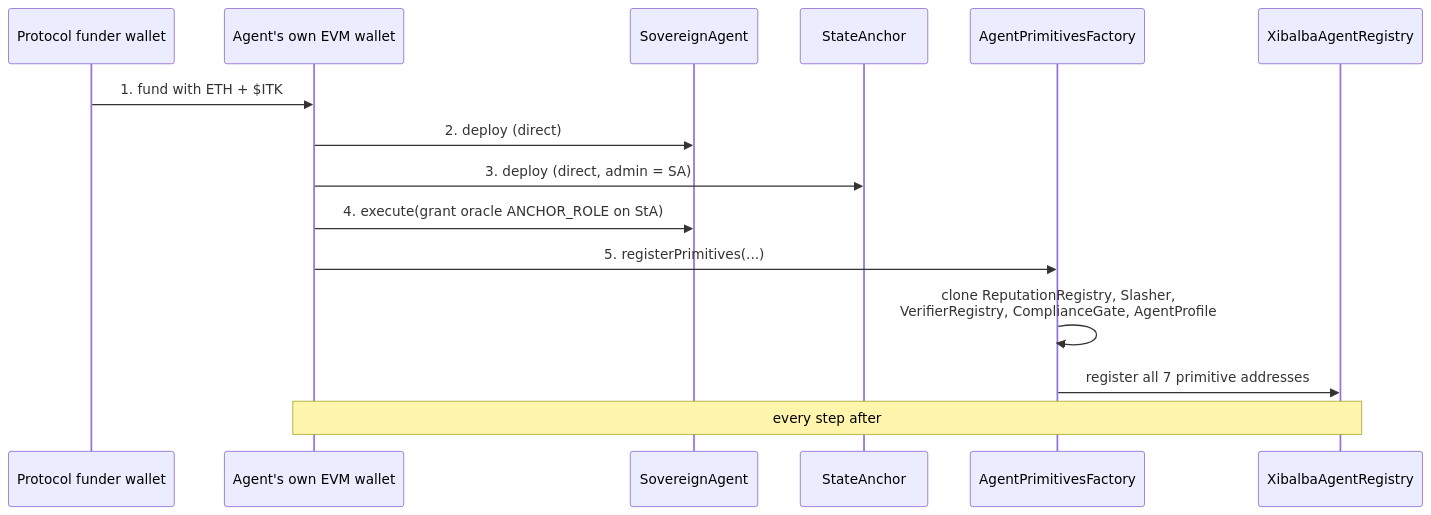
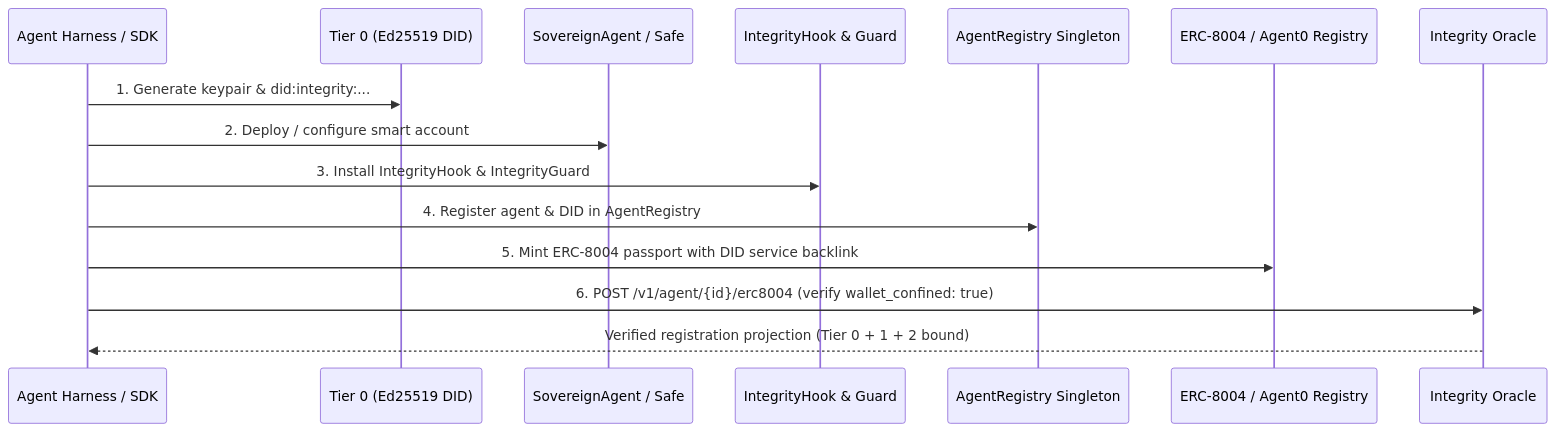
The diagram in docs/wiki/concepts/agent-primitives.md (XibalbaTechSol/integrity-core), drawn with Mermaid before and after one commit. The commit also changed other lines of this file and 20 other files, not shown here.

Commit message:
docs(spec): upgrade to normative SPEC v1.0.0, 3-tier identity, wallet stack, and compiled PDFs (#250)

````diff
--- a/docs/wiki/concepts/agent-primitives.md
+++ b/docs/wiki/concepts/agent-primitives.md
@@ -86,18 +101,18 @@
 ```mermaid
 sequenceDiagram
-    participant Funder as Protocol funder wallet
-    participant Wallet as Agent's own EVM wallet
-    participant SA as SovereignAgent
-    participant StA as StateAnchor
-    participant Factory as AgentPrimitivesFactory
-    participant Registry as XibalbaAgentRegistry
+    participant Dev as Agent Harness / SDK
+    participant T0 as Tier 0 (Ed25519 DID)
+    participant Wallet as SovereignAgent / Safe
+    participant Hook as IntegrityHook & Guard
+    participant Registry as AgentRegistry Singleton
+    participant ERC8004 as ERC-8004 / Agent0 Registry
+    participant Oracle as Integrity Oracle
 
-    Funder->>Wallet: 1. fund with ETH + $ITK
-    Wallet->>SA: 2. deploy (direct)
-    Wallet->>StA: 3. deploy (direct, admin = SA)
-    Wallet->>SA: 4. execute(grant oracle ANCHOR_ROLE on StA)
-    Wallet->>Factory: 5. registerPrimitives(...)
-    Factory->>Factory: clone ReputationRegistry, Slasher,<br/>VerifierRegistry, ComplianceGate, AgentProfile
-    Factory->>Registry: register all 7 primitive addresses
-    Note over Wallet,Registry: every step after #1 is signed by the<br/>agent's own key — no privileged party registers on its behalf
+    Dev->>T0: 1. Generate keypair & did:integrity:...
+    Dev->>Wallet: 2. Deploy / configure smart account
+    Dev->>Hook: 3. Install IntegrityHook & IntegrityGuard
+    Dev->>Registry: 4. Register agent & DID in AgentRegistry
+    Dev->>ERC8004: 5. Mint ERC-8004 passport with DID service backlink
+    Dev->>Oracle: 6. POST /v1/agent/{id}/erc8004 (verify wallet_confined: true)
+    Oracle-->>Dev: Verified registration projection (Tier 0 + 1 + 2 bound)
 ```
````
